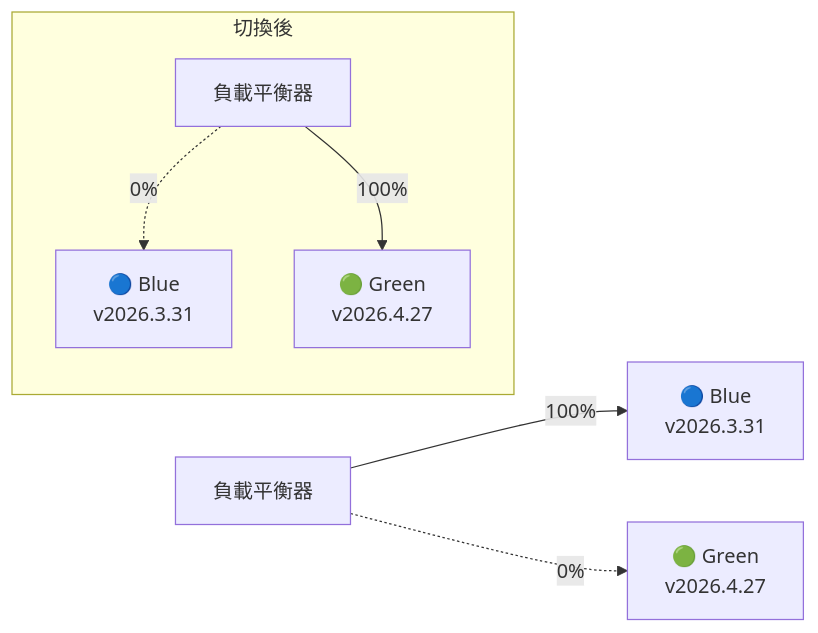
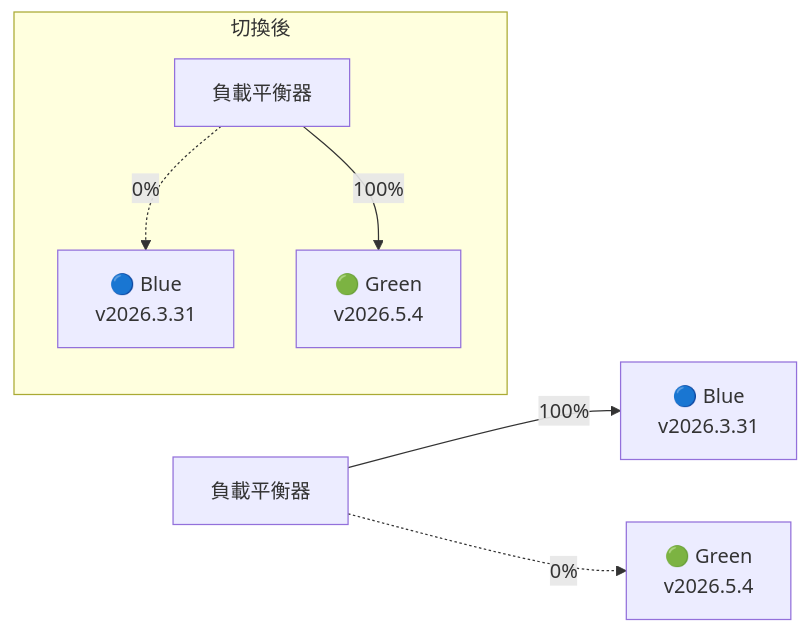
One commit to chihhung/Blog changed diagram 36 of 51 in content/posts/教學/AI開發/OpenClaw生態系教學手冊.md. Above: the diagram before and after it, drawn with Mermaid. The commit also changed other lines of this file and 1 other file, not shown here.

````diff
--- a/content/posts/教學/AI開發/OpenClaw生態系教學手冊.md
+++ b/content/posts/教學/AI開發/OpenClaw生態系教學手冊.md
@@ -6332,10 +6499,10 @@
 ```mermaid
 flowchart LR
     LB[負載平衡器] --> |100%| BLUE[🔵 Blue<br>v2026.3.31]
-    LB -.-> |0%| GREEN[🟢 Green<br>v2026.4.27]
+    LB -.-> |0%| GREEN[🟢 Green<br>v2026.5.4]
     
     subgraph "切換後"
         LB2[負載平衡器] -.-> |0%| BLUE2[🔵 Blue<br>v2026.3.31]
-        LB2 --> |100%| GREEN2[🟢 Green<br>v2026.4.27]
+        LB2 --> |100%| GREEN2[🟢 Green<br>v2026.5.4]
     end
 ```
````
